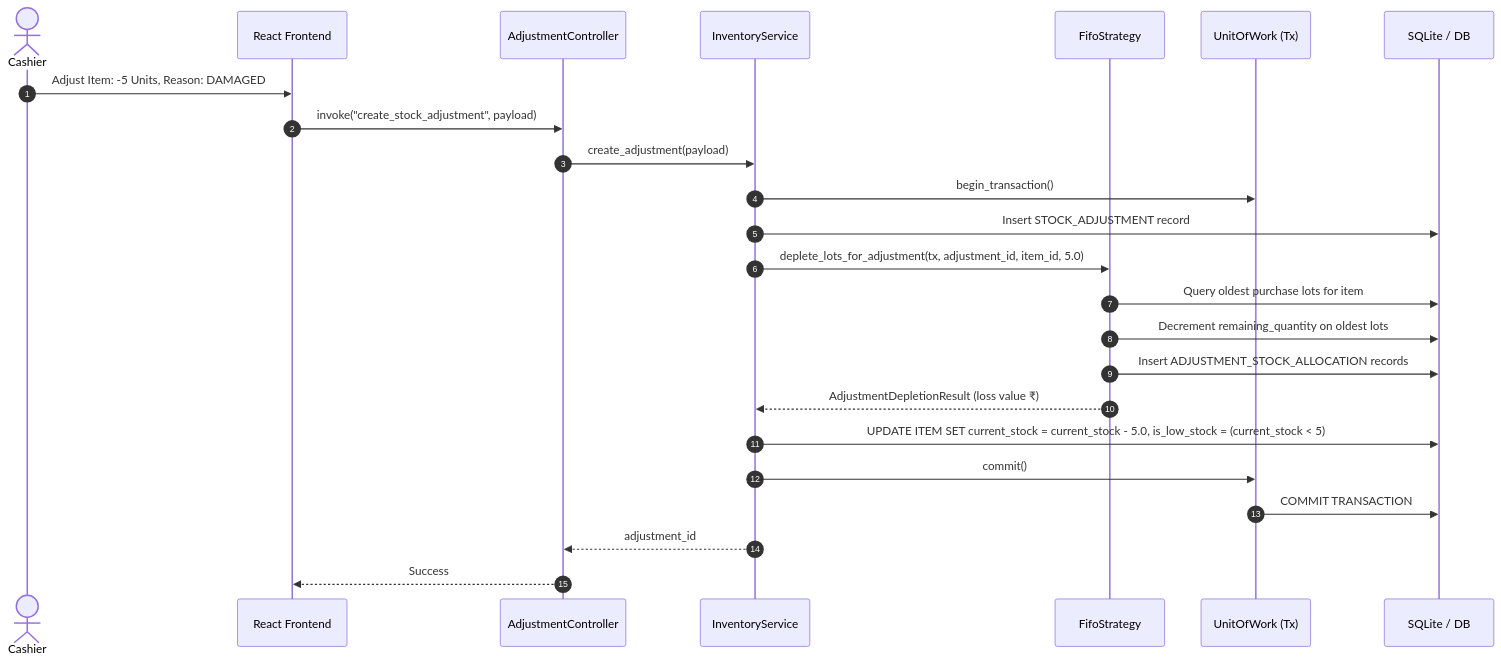
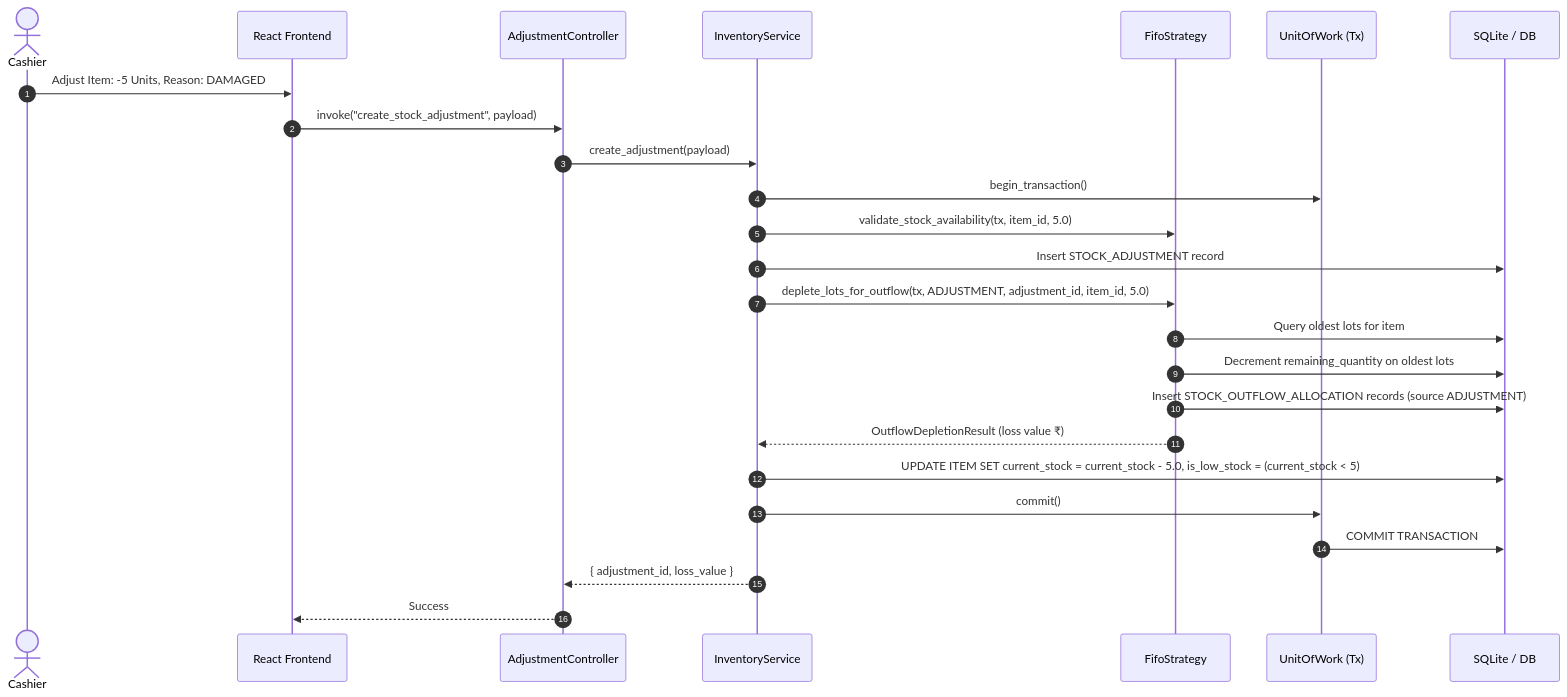
The fourth of 6 diagrams in docs/book_keeper_LLD.md (thebiz98/book_keeper), drawn with Mermaid before and after one commit. The commit also changed other lines of this file and 7 other files, not shown here.

````diff
--- a/docs/book_keeper_LLD.md
+++ b/docs/book_keeper_LLD.md
@@ -1598,29 +1793,30 @@
 ```mermaid
 sequenceDiagram
     autonumber
     actor Cashier
     participant UI as React Frontend
     participant AC as AdjustmentController
     participant IS as InventoryService
     participant FS as FifoStrategy
     participant UOW as UnitOfWork (Tx)
     participant DB as SQLite / DB
 
     Cashier->>UI: Adjust Item: -5 Units, Reason: DAMAGED
     UI->>AC: invoke("create_stock_adjustment", payload)
     AC->>IS: create_adjustment(payload)
     IS->>UOW: begin_transaction()
+    IS->>FS: validate_stock_availability(tx, item_id, 5.0)
     IS->>DB: Insert STOCK_ADJUSTMENT record
 
-    IS->>FS: deplete_lots_for_adjustment(tx, adjustment_id, item_id, 5.0)
-    FS->>DB: Query oldest purchase lots for item
+    IS->>FS: deplete_lots_for_outflow(tx, ADJUSTMENT, adjustment_id, item_id, 5.0)
+    FS->>DB: Query oldest lots for item
     FS->>DB: Decrement remaining_quantity on oldest lots
-    FS->>DB: Insert ADJUSTMENT_STOCK_ALLOCATION records
-    FS-->>IS: AdjustmentDepletionResult (loss value ₹)
+    FS->>DB: Insert STOCK_OUTFLOW_ALLOCATION records (source ADJUSTMENT)
+    FS-->>IS: OutflowDepletionResult (loss value ₹)
 
     IS->>DB: UPDATE ITEM SET current_stock = current_stock - 5.0, is_low_stock = (current_stock < 5)
     IS->>UOW: commit()
     UOW->>DB: COMMIT TRANSACTION
-    IS-->>AC: adjustment_id
+    IS-->>AC: { adjustment_id, loss_value }
     AC-->>UI: Success
 ```
````
